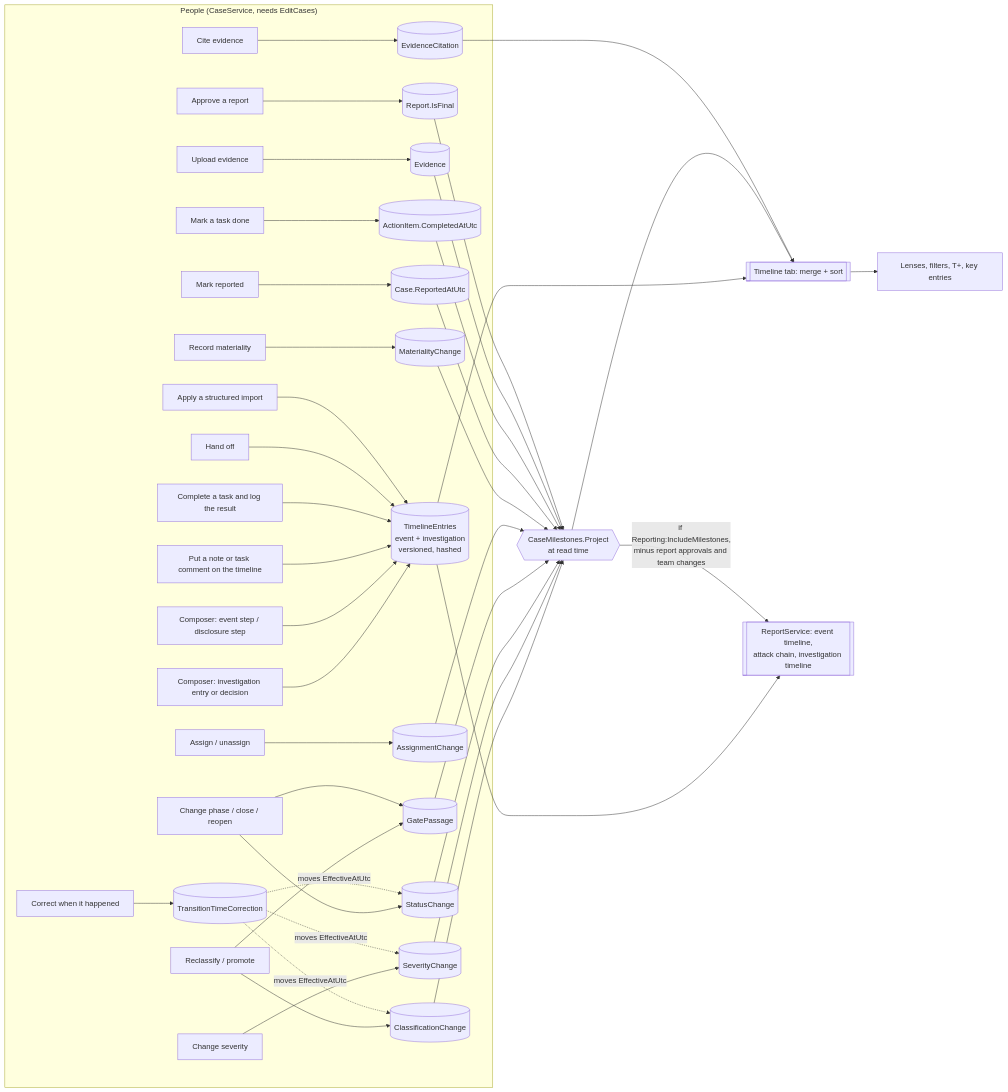
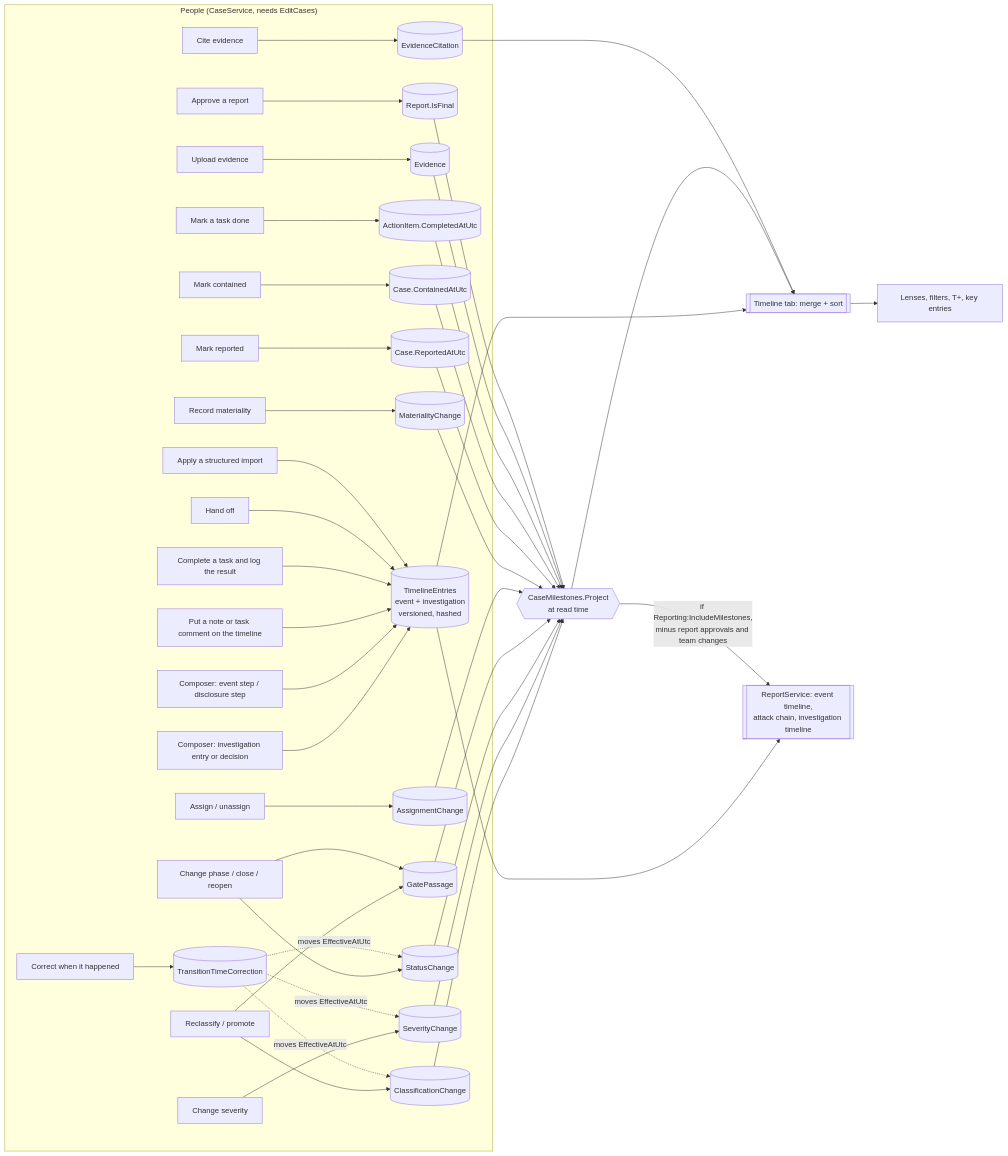
One commit to jashley92/CaseBook changed the diagram in docs/architecture/timeline.md. Above: the diagram before and after it, drawn with Mermaid. The commit also changed other lines of this file and 36 other files, not shown here.

````diff
--- a/docs/architecture/timeline.md
+++ b/docs/architecture/timeline.md
@@ -23,31 +23,32 @@
 ```mermaid
 flowchart LR
   subgraph Writers["People (CaseService, needs EditCases)"]
     A1[Composer: investigation entry or decision] --> TE
     A2[Composer: event step / disclosure step] --> TE
     A3[Put a note or task comment on the timeline] --> TE
     A4[Complete a task and log the result] --> TE
     A5[Hand off] --> TE
     A6[Apply a structured import] --> TE
     P1[Reclassify / promote] --> CC[(ClassificationChange)]
     P2[Change severity] --> SC[(SeverityChange)]
     P3[Change phase / close / reopen] --> ST[(StatusChange)]
     P1 & P3 --> GP[(GatePassage)]
     P4[Assign / unassign] --> AC[(AssignmentChange)]
     P5[Record materiality] --> MC[(MaterialityChange)]
     P6[Mark reported] --> RA[(Case.ReportedAtUtc)]
+    P12[Mark contained] --> CN[(Case.ContainedAtUtc)]
     P7[Mark a task done] --> AI[(ActionItem.CompletedAtUtc)]
     P8[Upload evidence] --> EV[(Evidence)]
     P9[Approve a report] --> RP[(Report.IsFinal)]
     P10[Correct when it happened] --> TC[(TransitionTimeCorrection)] -.moves EffectiveAtUtc.-> CC & SC & ST
     P11[Cite evidence] --> CI[(EvidenceCitation)]
   end
   TE[(TimelineEntries<br/>event + investigation<br/>versioned, hashed)]
-  CC & SC & ST & GP & AC & MC & RA & AI & EV & RP --> PROJ{{CaseMilestones.Project<br/>at read time}}
+  CC & SC & ST & GP & AC & MC & RA & CN & AI & EV & RP --> PROJ{{CaseMilestones.Project<br/>at read time}}
   TE --> MERGE[[Timeline tab: merge + sort]]
   PROJ --> MERGE
   CI --> MERGE
   MERGE --> LENS[Lenses, filters, T+, key entries]
   TE --> RPT[[ReportService: event timeline,<br/>attack chain, investigation timeline]]
   PROJ -- "if Reporting:IncludeMilestones,<br/>minus report approvals and team changes" --> RPT
 ```
````
